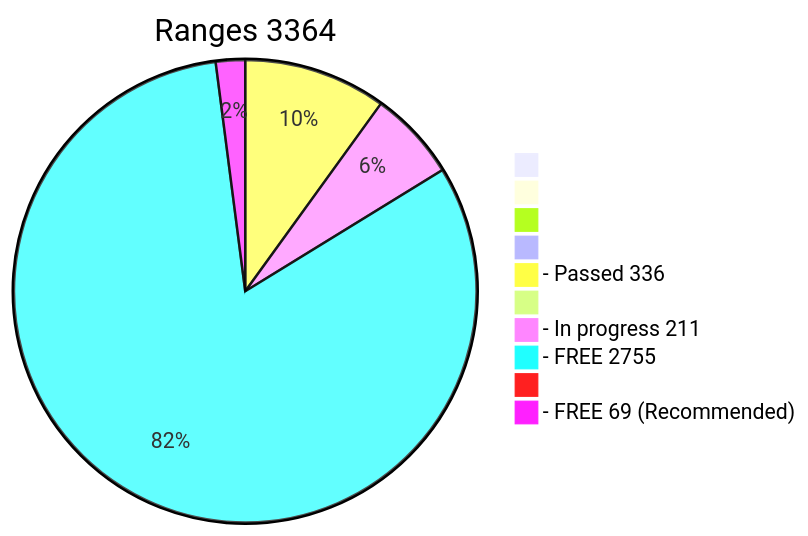
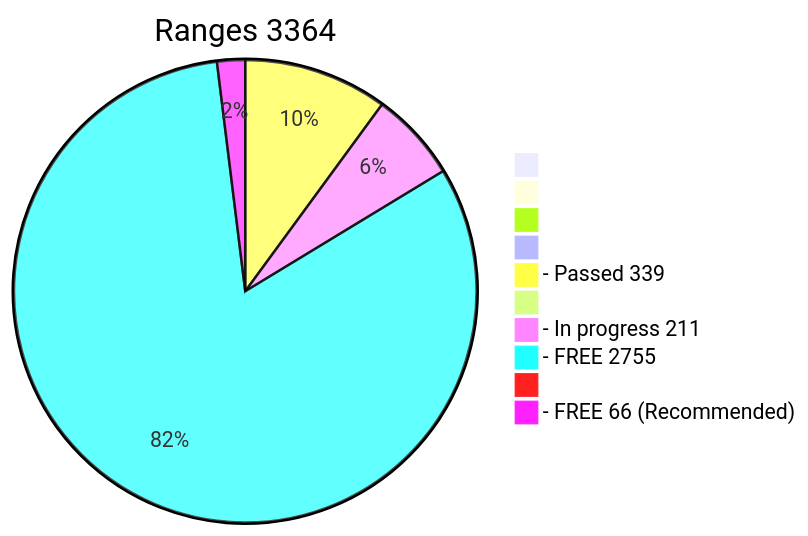
One commit to phrutis/wif500 changed the diagram in x64/Release/table.md. Above: the diagram before and after it, drawn with Mermaid. The commit also changed other lines of this file, not shown here.

````diff
--- a/x64/Release/table.md
+++ b/x64/Release/table.md
@@ -2,13 +2,13 @@
 ```mermaid
 pie title Ranges 3364
   " " : 0
   "  " : 0
   "   " : 0
   "    " : 0
-  "- Passed 336" : 336
+  "- Passed 339" : 339
   "     " : 0
   "- In progress 211" : 211
   "- FREE 2755" : 2755
   "      " : 0
-  "- FREE 69 (Recommended)" : 69
+  "- FREE 66 (Recommended)" : 66
 ```
````
